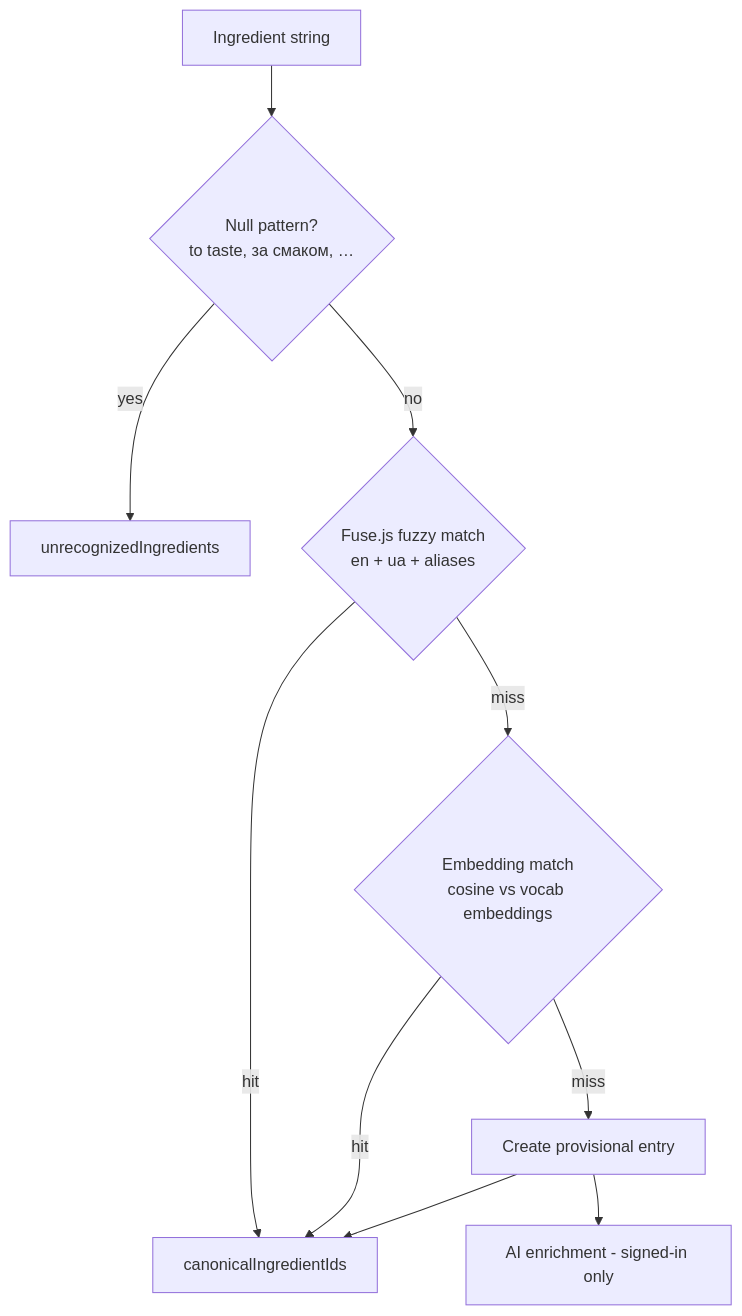
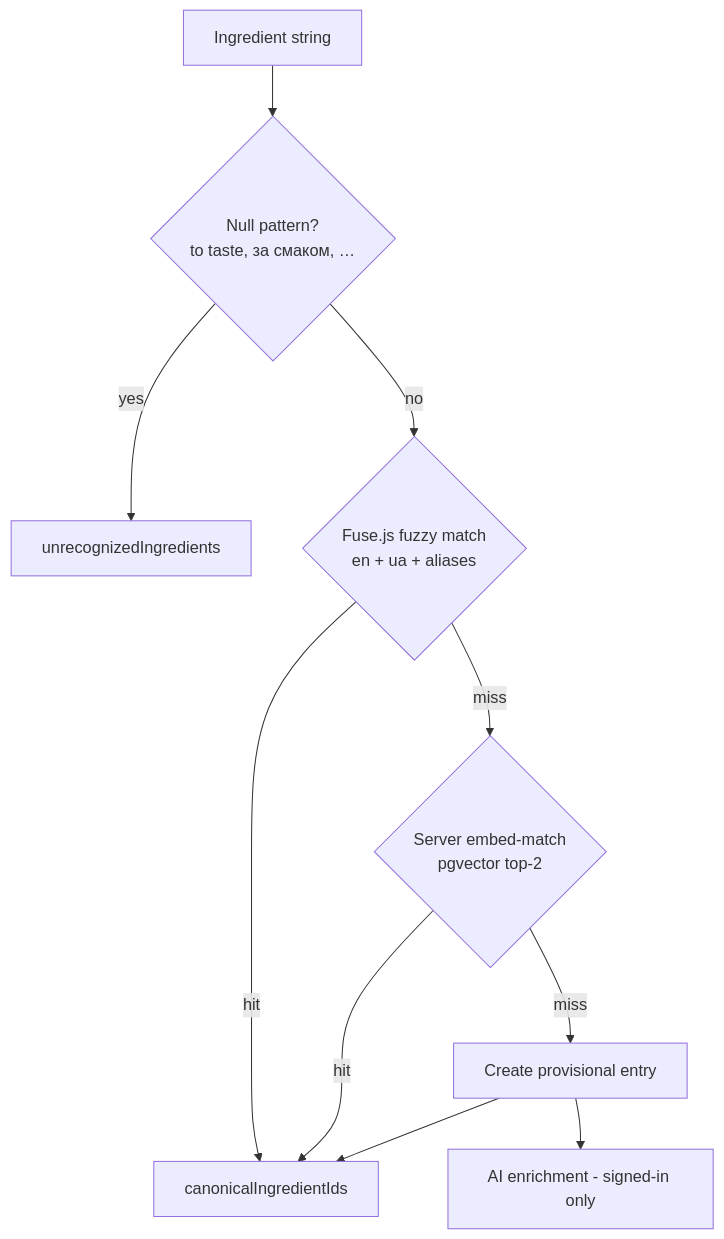
Before and after one commit to Sailarn/RecipAI: the diagram in docs/explanation/ingredient-vocabulary.md, drawn with Mermaid. The commit also changed other lines of this file and 7 other files, not shown here.

First line of the commit message:
docs(embed): document server-side embeddings + pgvector matching

````diff
--- a/docs/explanation/ingredient-vocabulary.md
+++ b/docs/explanation/ingredient-vocabulary.md
@@ -29,12 +29,12 @@
 ```mermaid
 graph TD
     A[Ingredient string] --> B{Null pattern?<br/>to taste, за смаком, …}
     B -->|yes| U[unrecognizedIngredients]
     B -->|no| C{Fuse.js fuzzy match<br/>en + ua + aliases}
     C -->|hit| ID[canonicalIngredientIds]
-    C -->|miss| D{Embedding match<br/>cosine vs vocab embeddings}
+    C -->|miss| D{Server embed-match<br/>pgvector top-2}
     D -->|hit| ID
     D -->|miss| E[Create provisional entry]
     E --> F[AI enrichment - signed-in only]
     E --> ID
 ```
````
